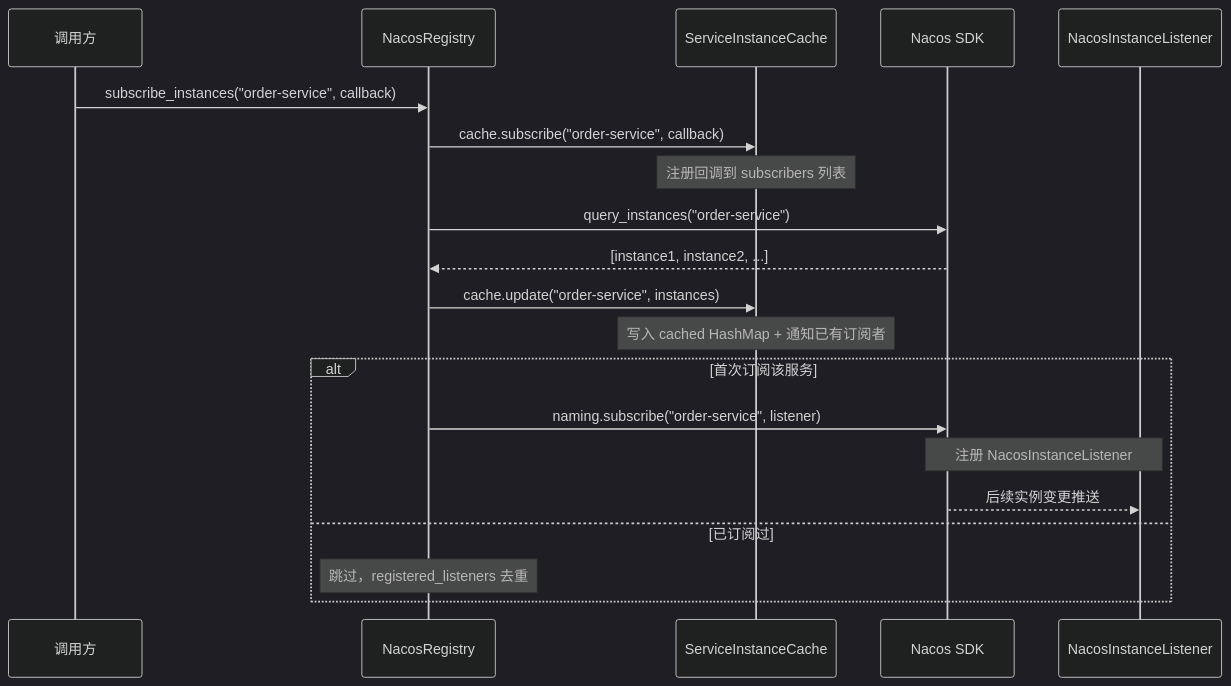
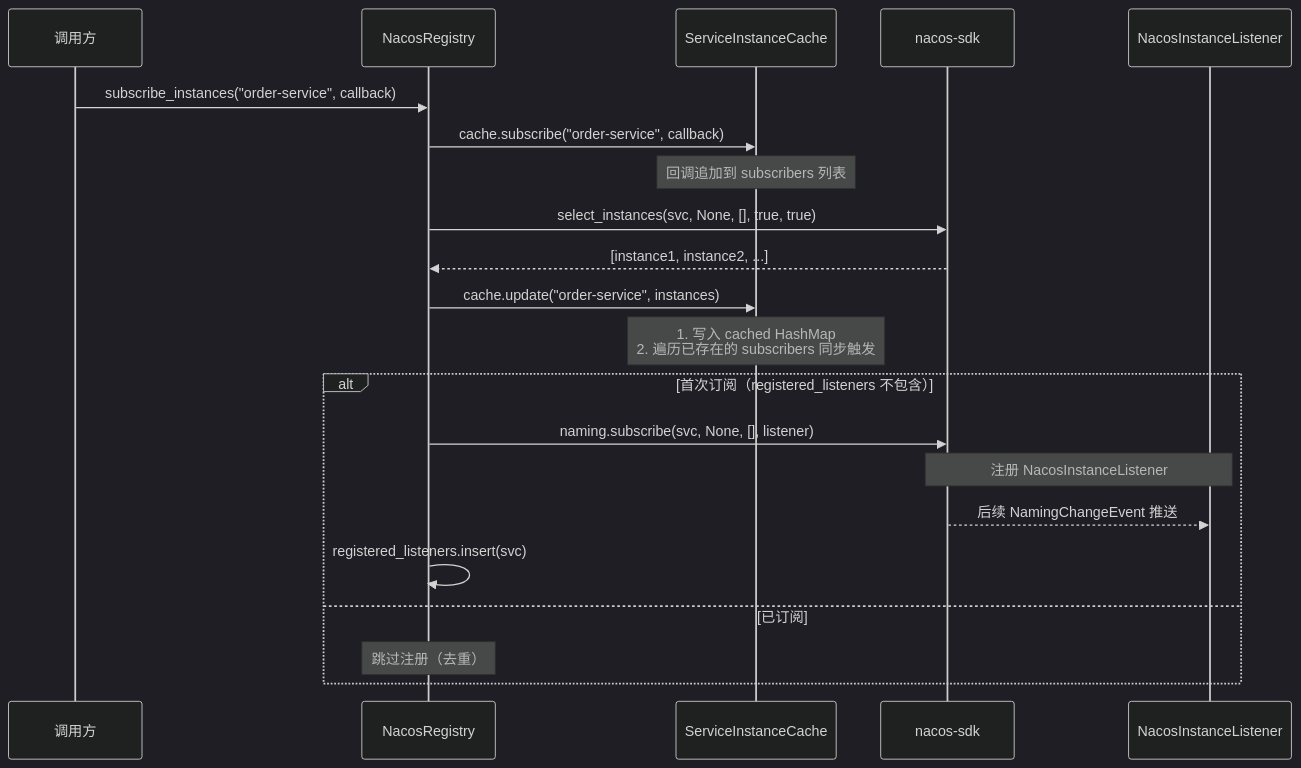
The fourth of 11 diagrams in .trae/documents/RPC架构流程详解.md (warpdrivelabs/cmx-container), drawn with Mermaid (dark theme) before and after one commit. The commit also changed other lines of this file and 2 other files, not shown here.

````diff
--- a/.trae/documents/RPC架构流程详解.md
+++ b/.trae/documents/RPC架构流程详解.md
@@ -154,25 +245,26 @@
 ```mermaid
 sequenceDiagram
     participant Caller as 调用方
     participant Registry as NacosRegistry
     participant Cache as ServiceInstanceCache
-    participant Nacos as Nacos SDK
+    participant Nacos as nacos-sdk
     participant Listener as NacosInstanceListener
 
     Caller->>Registry: subscribe_instances("order-service", callback)
     Registry->>Cache: cache.subscribe("order-service", callback)
-    Note over Cache: 注册回调到 subscribers 列表
+    Note over Cache: 回调追加到 subscribers 列表
 
-    Registry->>Nacos: query_instances("order-service")
+    Registry->>Nacos: select_instances(svc, None, [], true, true)
     Nacos-->>Registry: [instance1, instance2, ...]
     Registry->>Cache: cache.update("order-service", instances)
-    Note over Cache: 写入 cached HashMap + 通知已有订阅者
+    Note over Cache: 1. 写入 cached HashMap<br/>2. 遍历已存在的 subscribers 同步触发
 
-    alt 首次订阅该服务
-        Registry->>Nacos: naming.subscribe("order-service", listener)
+    alt 首次订阅（registered_listeners 不包含）
+        Registry->>Nacos: naming.subscribe(svc, None, [], listener)
         Note over Nacos,Listener: 注册 NacosInstanceListener
-        Nacos-->>Listener: 后续实例变更推送
-    else 已订阅过
-        Note over Registry: 跳过，registered_listeners 去重
+        Nacos-->>Listener: 后续 NamingChangeEvent 推送
+        Registry->>Registry: registered_listeners.insert(svc)
+    else 已订阅
+        Note over Registry: 跳过注册（去重）
     end
 ```
````
